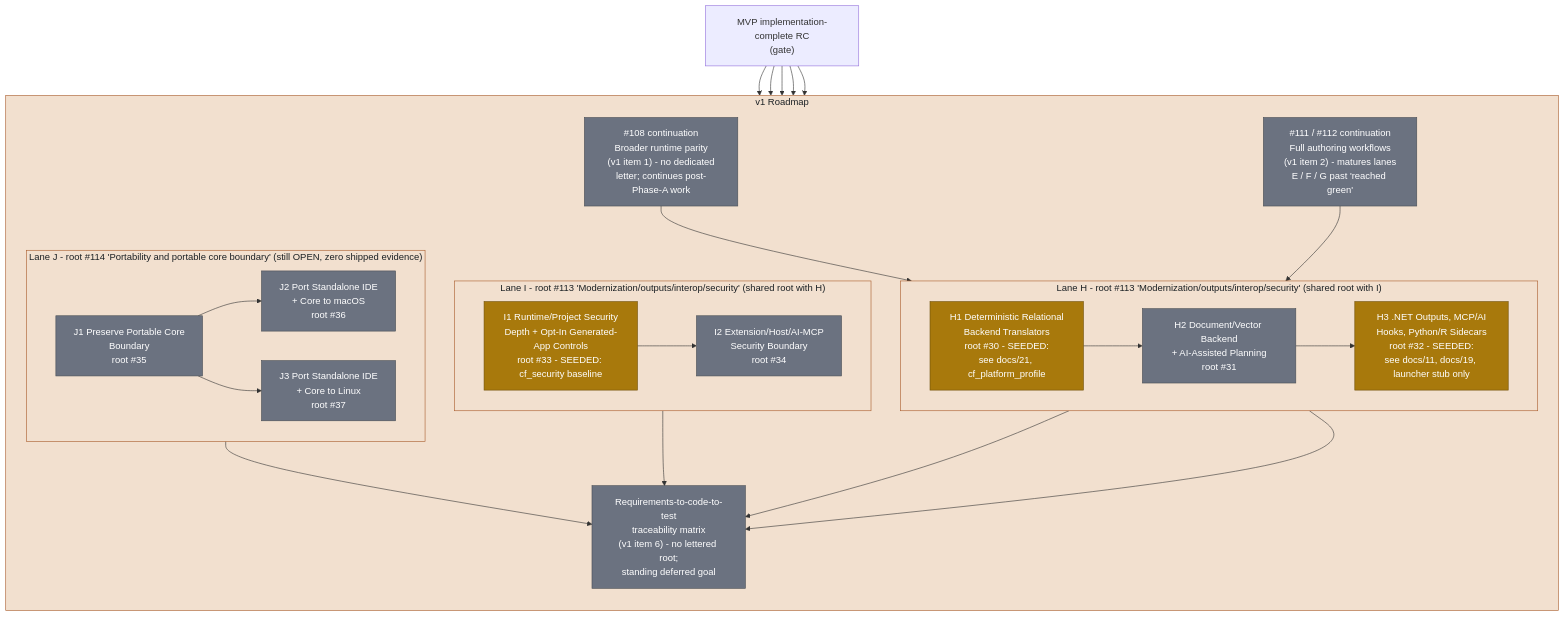
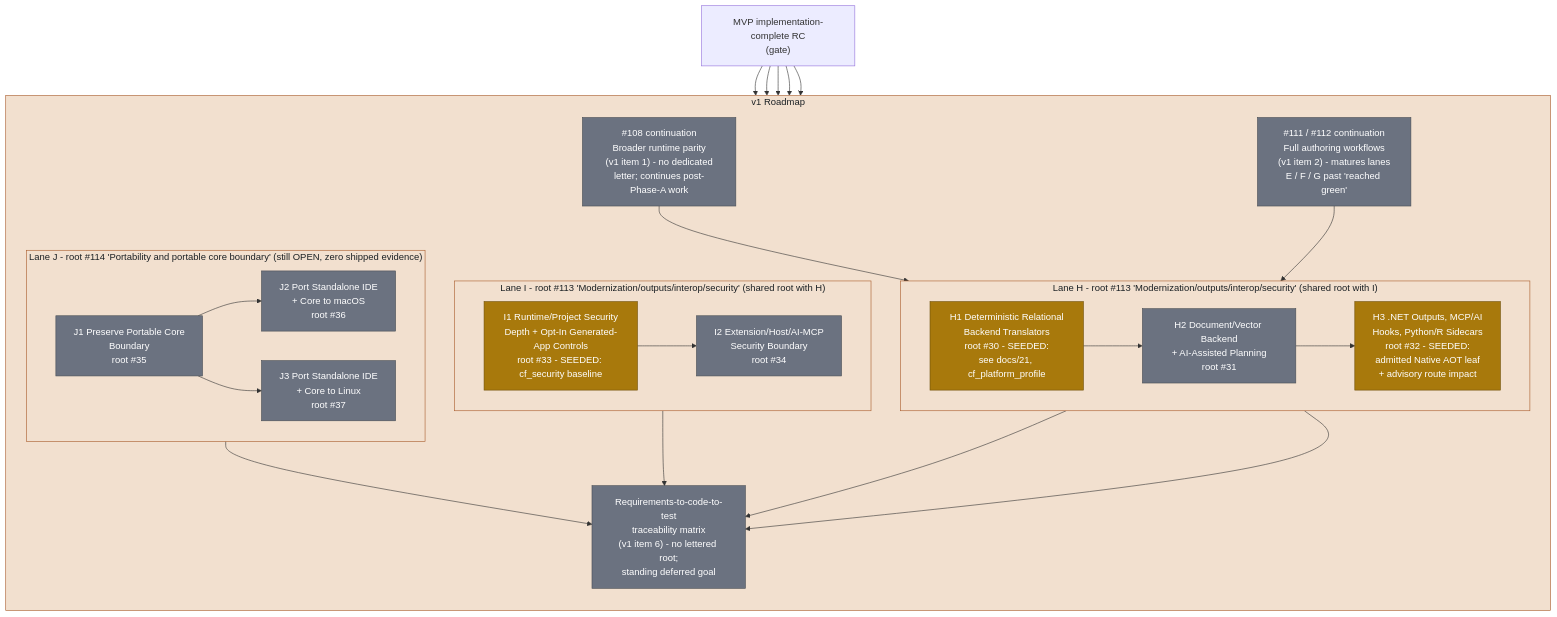
One commit to rhamenator/Project-Copperfin changed the diagram in docs/diagrams/roadmap-v1-lanes-hij.md. Above: the diagram before and after it, drawn with Mermaid. The commit also changed other lines of this file and 13 other files, not shown here.

Commit message:
platform: add advisory polyglot route impact

````diff
--- a/docs/diagrams/roadmap-v1-lanes-hij.md
+++ b/docs/diagrams/roadmap-v1-lanes-hij.md
@@ -10,60 +10,60 @@
 ```mermaid
 flowchart TB
     classDef partial fill:#a8790c,stroke:#6e4f07,color:#ffffff,stroke-width:1px;
     classDef planned fill:#6b7280,stroke:#484d54,color:#ffffff,stroke-width:1px;
     classDef lane fill:#f2e0cf,stroke:#a85a2a,color:#1b2024,stroke-width:1px;
 
     MVP["MVP implementation-complete RC<br/>(gate)"]
 
     subgraph V1["v1 Roadmap"]
       direction TB
 
       CONT1["#108 continuation<br/>Broader runtime parity<br/>(v1 item 1) - no dedicated<br/>letter; continues post-Phase-A work"]
       CONT2["#111 / #112 continuation<br/>Full authoring workflows<br/>(v1 item 2) - matures lanes<br/>E / F / G past 'reached green'"]
 
       subgraph LANEH["Lane H - root #113 'Modernization/outputs/interop/security' (shared root with I)"]
         direction LR
         H1["H1 Deterministic Relational<br/>Backend Translators<br/>root #30 - SEEDED:<br/>see docs/21, cf_platform_profile"]
         H2["H2 Document/Vector Backend<br/>+ AI-Assisted Planning<br/>root #31"]
-        H3["H3 .NET Outputs, MCP/AI<br/>Hooks, Python/R Sidecars<br/>root #32 - SEEDED:<br/>see docs/11, docs/19, launcher stub only"]
+        H3["H3 .NET Outputs, MCP/AI<br/>Hooks, Python/R Sidecars<br/>root #32 - SEEDED:<br/>admitted Native AOT leaf<br/>+ advisory route impact"]
         H1 --> H2 --> H3
       end
 
       subgraph LANEI["Lane I - root #113 'Modernization/outputs/interop/security' (shared root with H)"]
         direction LR
         I1["I1 Runtime/Project Security<br/>Depth + Opt-In Generated-<br/>App Controls<br/>root #33 - SEEDED: cf_security baseline"]
         I2["I2 Extension/Host/AI-MCP<br/>Security Boundary<br/>root #34"]
         I1 --> I2
       end
 
       subgraph LANEJ["Lane J - root #114 'Portability and portable core boundary' (still OPEN, zero shipped evidence)"]
         direction LR
         J1["J1 Preserve Portable Core<br/>Boundary<br/>root #35"]
         J2["J2 Port Standalone IDE<br/>+ Core to macOS<br/>root #36"]
         J3["J3 Port Standalone IDE<br/>+ Core to Linux<br/>root #37"]
         J1 --> J2
         J1 --> J3
       end
 
       TRACE["Requirements-to-code-to-test<br/>traceability matrix<br/>(v1 item 6) - no lettered root;<br/>standing deferred goal"]
     end
 
     MVP --> CONT1
     MVP --> CONT2
     MVP --> LANEH
     MVP --> LANEI
     MVP --> LANEJ
     CONT1 --> H1
     CONT2 --> H3
     H1 --> TRACE
     H3 --> TRACE
     I2 --> TRACE
     J1 --> TRACE
 
     class CONT1,CONT2 planned;
     class H1,H3,I1 partial;
     class H2,I2 planned;
     class J1,J2,J3 planned;
     class TRACE planned;
     class V1,LANEH,LANEI,LANEJ lane;
 ```
````
